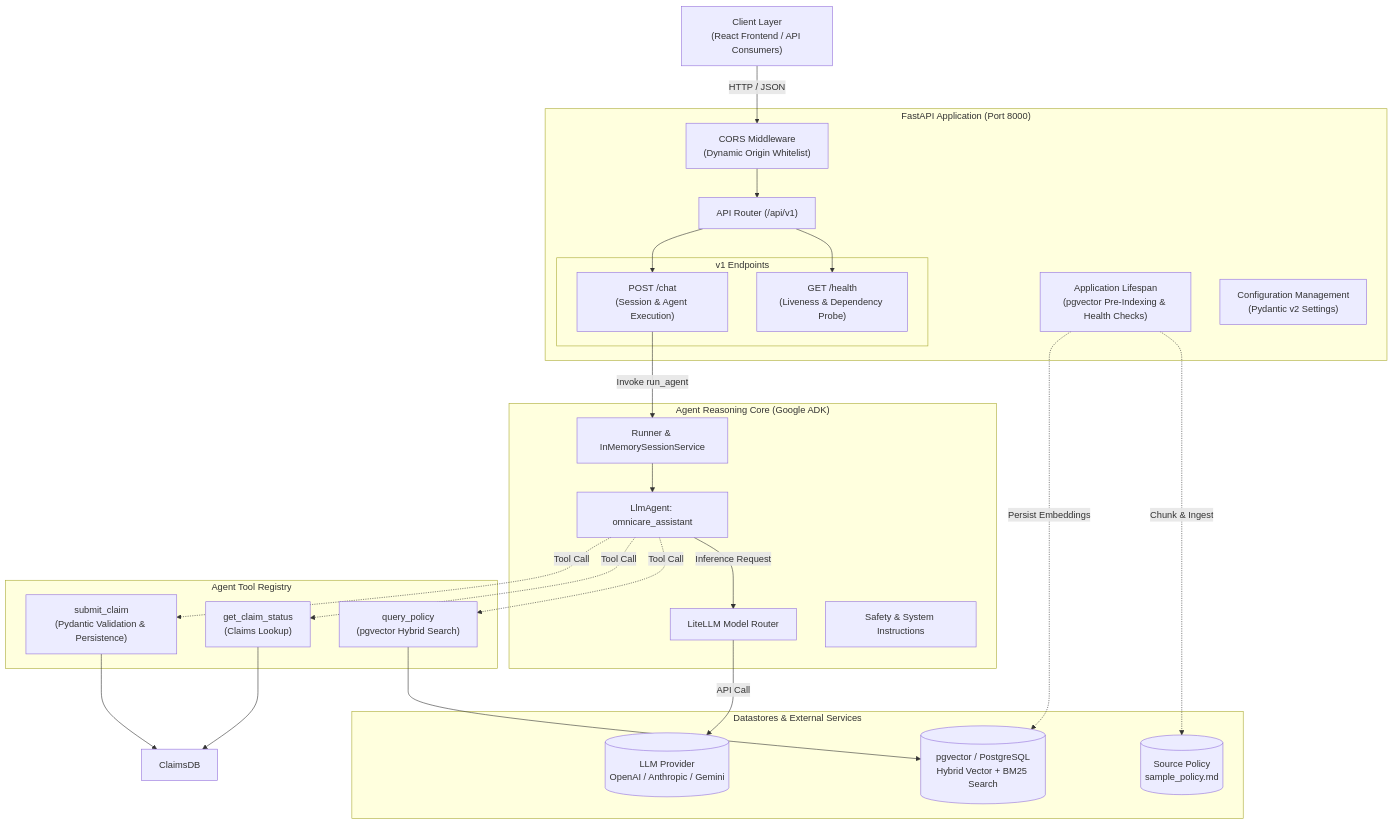
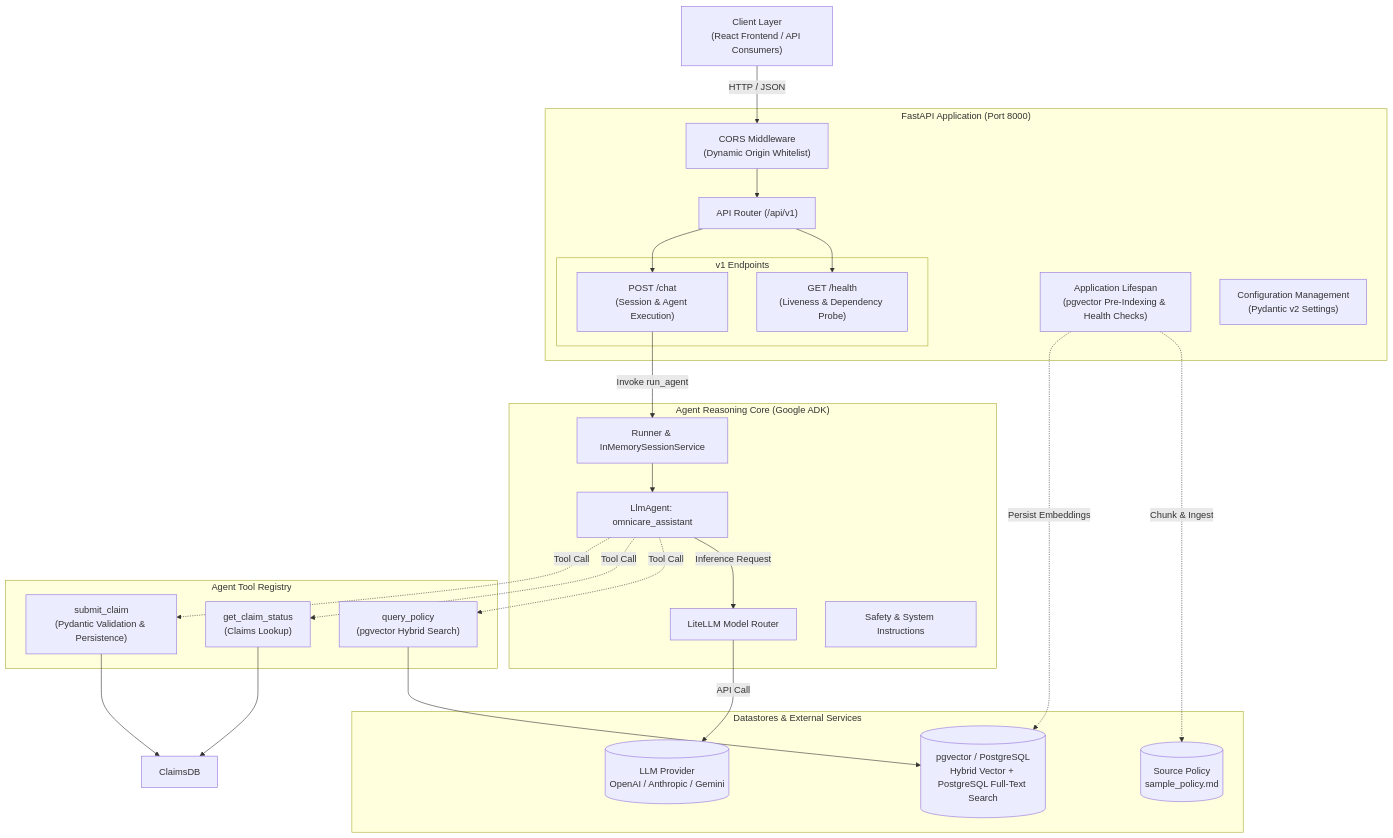
Before and after one commit to eslam-aboutaleb/financial-Assistant: the first of 2 diagrams in backend/README.md, drawn with Mermaid. The commit also changed 38 other files, not shown here.

````diff
--- a/backend/README.md
+++ b/backend/README.md
@@ -13,56 +13,56 @@
 ```mermaid
 graph TD
     Client["Client Layer<br/>(React Frontend / API Consumers)"]
 
     subgraph FastAPI_Service["FastAPI Application (Port 8000)"]
         CORS["CORS Middleware<br/>(Dynamic Origin Whitelist)"]
         Lifespan["Application Lifespan<br/>(pgvector Pre-Indexing & Health Checks)"]
         Router["API Router (/api/v1)"]
 
         subgraph Endpoints["v1 Endpoints"]
             HealthEP["GET /health<br/>(Liveness & Dependency Probe)"]
             ChatEP["POST /chat<br/>(Session & Agent Execution)"]
         end
 
         Config["Configuration Management<br/>(Pydantic v2 Settings)"]
     end
 
     subgraph Agent_Core["Agent Reasoning Core (Google ADK)"]
         AgentRunner["Runner & InMemorySessionService"]
         LlmAgent["LlmAgent: omnicare_assistant"]
         LiteLLM["LiteLLM Model Router"]
         SystemPrompt["Safety & System Instructions"]
     end
 
     subgraph Tools_Layer["Agent Tool Registry"]
         ToolRAG["query_policy<br/>(pgvector Hybrid Search)"]
         ToolStatus["get_claim_status<br/>(Claims Lookup)"]
         ToolSubmit["submit_claim<br/>(Pydantic Validation & Persistence)"]
     end
 
     subgraph Storage_Layer["Datastores & External Services"]
-        PgVectorStore[("pgvector / PostgreSQL<br/>Hybrid Vector + BM25 Search")]
+        PgVectorStore[("pgvector / PostgreSQL<br/>Hybrid Vector + PostgreSQL Full-Text Search")]
         PolicyDoc[("Source Policy<br/>sample_policy.md")]
         LLMProvider[("LLM Provider<br/>OpenAI / Anthropic / Gemini")]
     end
 
     Client -->|HTTP / JSON| CORS
     CORS --> Router
     Router --> HealthEP
     Router --> ChatEP
 
     ChatEP -->|Invoke run_agent| AgentRunner
     AgentRunner --> LlmAgent
     LlmAgent -->|Inference Request| LiteLLM
     LiteLLM -->|API Call| LLMProvider
 
     LlmAgent -.->|Tool Call| ToolRAG
     LlmAgent -.->|Tool Call| ToolStatus
     LlmAgent -.->|Tool Call| ToolSubmit
 
     ToolRAG --> PgVectorStore
     ToolStatus --> ClaimsDB
     ToolSubmit --> ClaimsDB
     Lifespan -.->|Chunk & Ingest| PolicyDoc
     Lifespan -.->|Persist Embeddings| PgVectorStore
 ```
````
